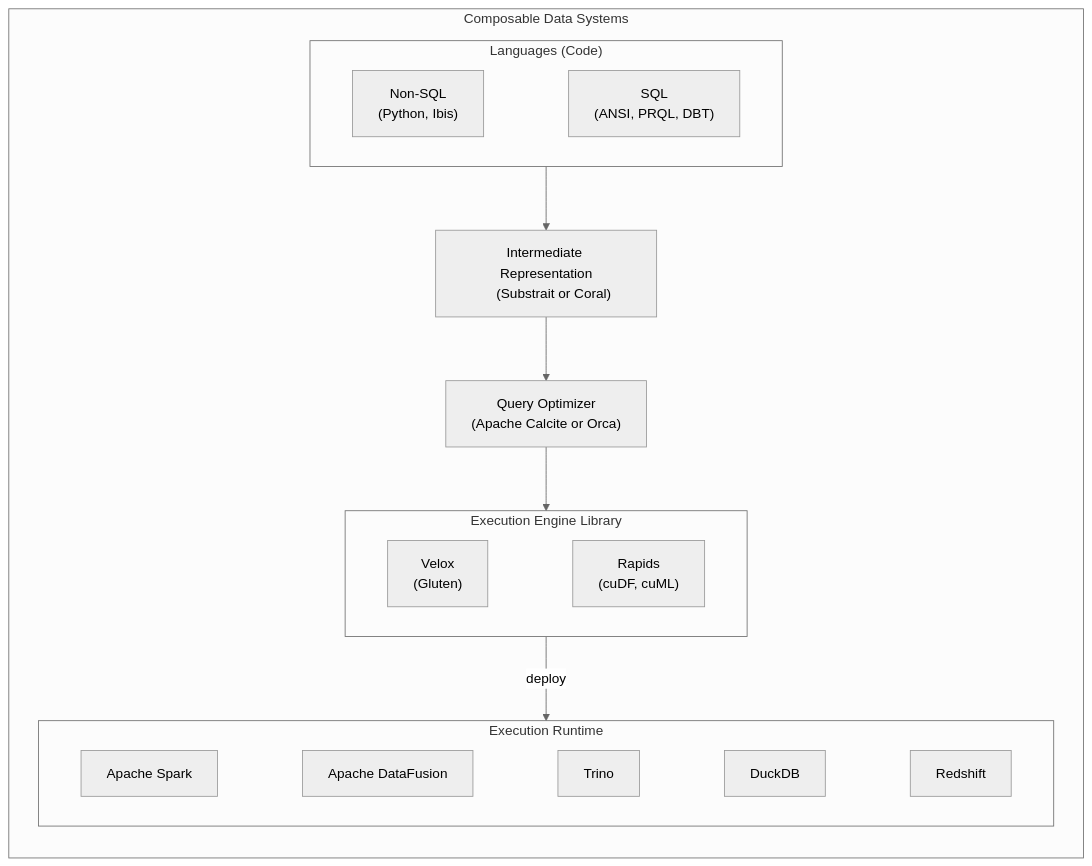
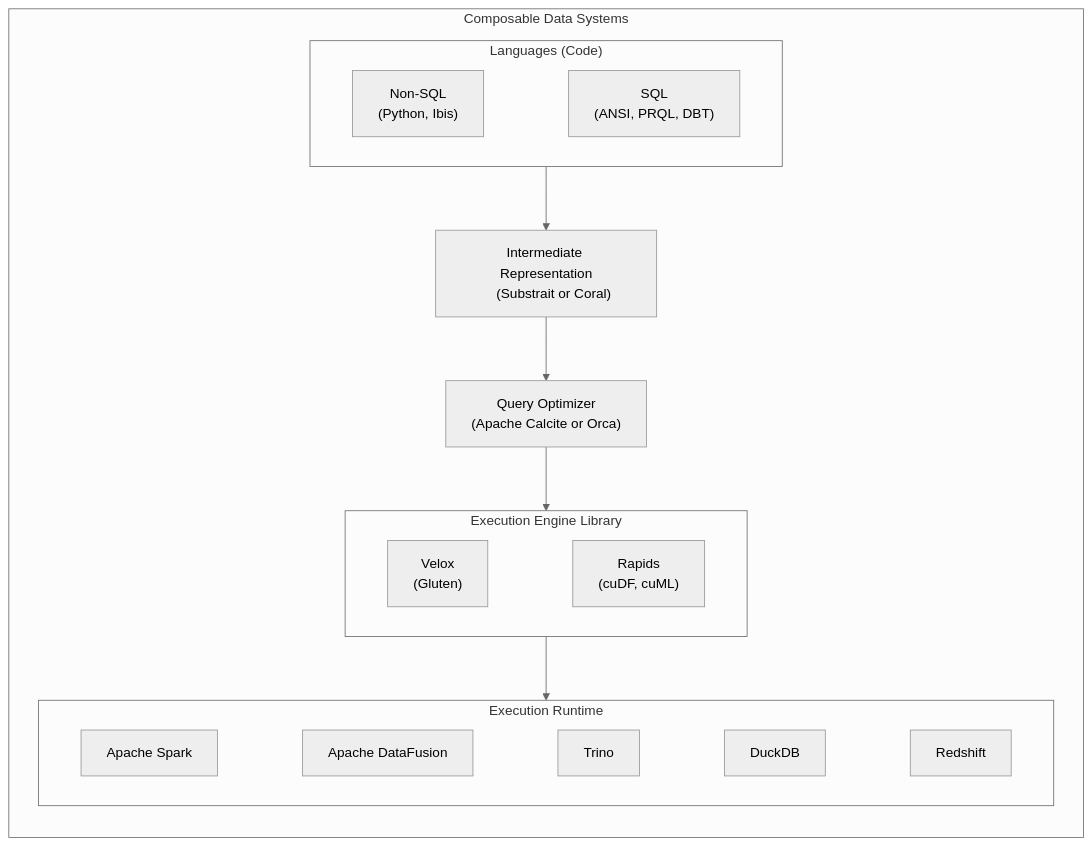
Before and after one commit to gavinjwl/gavinjwl.github.io: the diagram in source/_drafts/composable-data-systems.md, drawn with Mermaid (neutral theme). The commit also changed 1 other file, not shown here.

Commit message:
add draft

````diff
--- a/source/_drafts/composable-data-systems.md
+++ b/source/_drafts/composable-data-systems.md
@@ -15,39 +15,39 @@
 ```mermaid
 flowchart TB
 subgraph composable_data_systems["Composable Data Systems"]
     direction TB
     subgraph language["Languages (Code)"]
         Non-SQL["Non-SQL
         (Python, Ibis)"] ~~~ SQL["SQL
         (ANSI, PRQL, DBT)"]
     end
 
     ir["Intermediate Representation
     (Substrait or Coral)"]
     language --> ir
 
     query-optimizer["Query Optimizer
     (Apache Calcite or Orca)"]
     ir --> query-optimizer
 
     subgraph execution-engine-library["Execution Engine Library"]
         Velox["Velox
         (Gluten)"] ~~~ RAPIDS["Rapids
         (cuDF, cuML)"]
     end
     query-optimizer --> execution-engine-library
 
     subgraph execution-runtime["Execution Runtime"]
         direction LR
         spark["Apache Spark"]
         datafusion["Apache DataFusion"]
         trino["Trino"]
         duckdb["DuckDB"]
         redshift["Redshift"]
 
         spark ~~~ datafusion ~~~ trino ~~~ duckdb ~~~ redshift
     end
-    execution-engine-library -->|deploy| execution-runtime
+    execution-engine-library --> execution-runtime
 
 end
 ```
````
